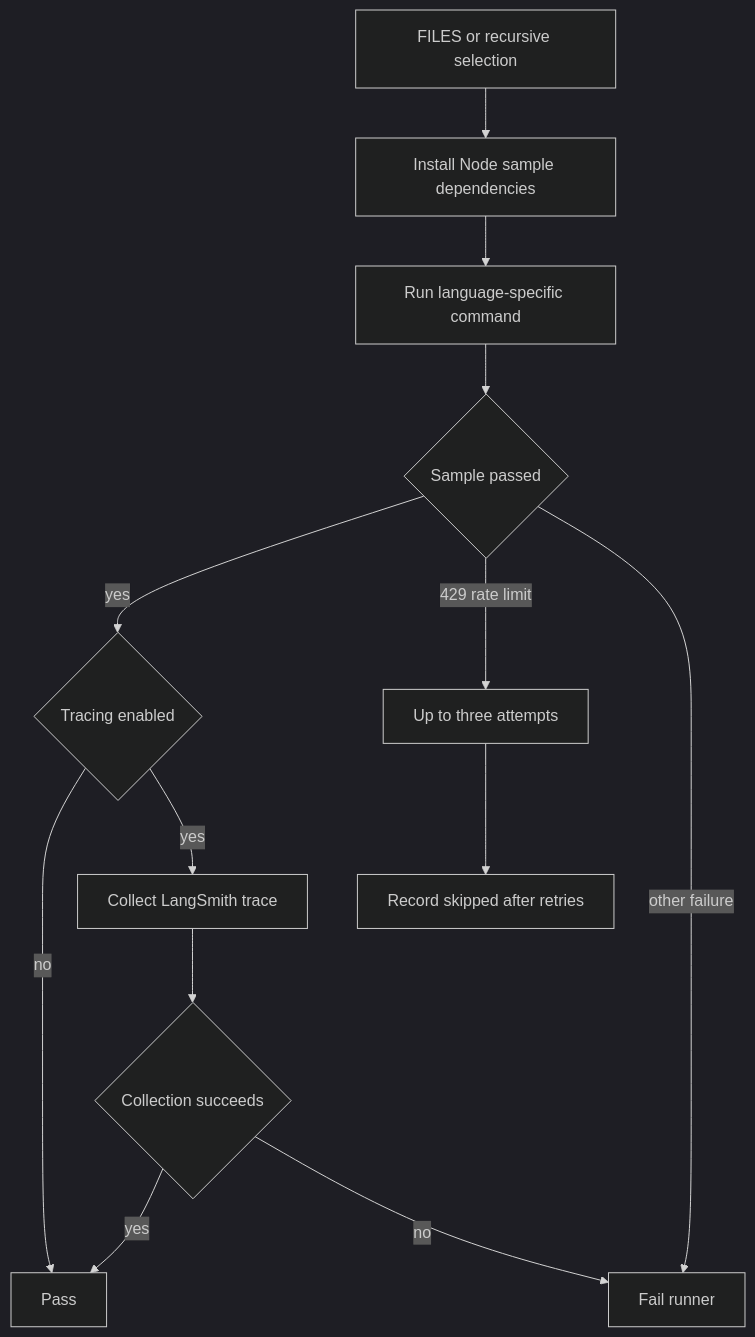
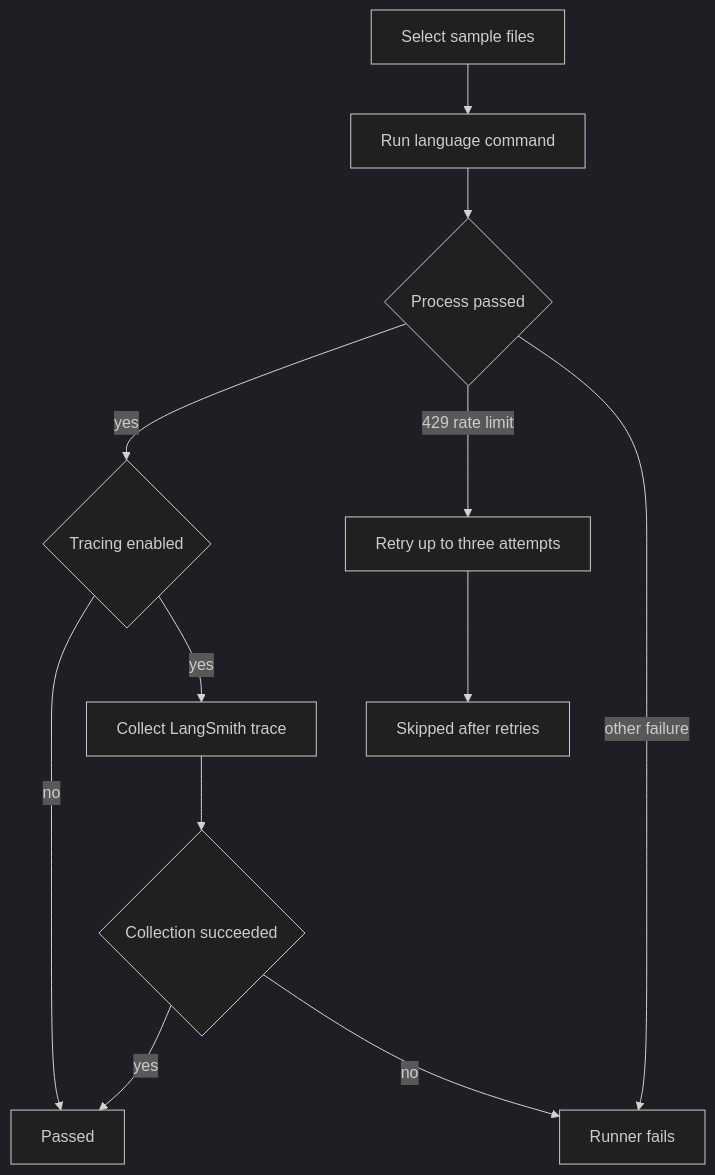
One commit to langchain-ai/docs changed the second of 2 diagrams in openwiki/testing/test-overview.md. Above: the diagram before and after it, drawn with Mermaid (dark theme). The commit also changed other lines of this file and 32 other files, not shown here.

````diff
--- a/openwiki/testing/test-overview.md
+++ b/openwiki/testing/test-overview.md
@@ -165,15 +159,14 @@
 ```mermaid
 flowchart TD
-  Select["FILES or recursive selection"] --> Env["Install Node sample dependencies"]
-  Env --> Execute["Run language-specific command"]
-  Execute --> Result{"Sample passed"}
-  Result -->|"yes"| Trace{"Tracing enabled"}
-  Trace -->|"no"| Pass["Pass"]
-  Trace -->|"yes"| Collect["Collect LangSmith trace"]
-  Collect --> TraceResult{"Collection succeeds"}
-  TraceResult -->|"yes"| Pass
-  TraceResult -->|"no"| Fail["Fail runner"]
-  Result -->|"429 rate limit"| Retry["Up to three attempts"]
-  Retry --> Skip["Record skipped after retries"]
-  Result -->|"other failure"| Fail
+  Select["Select sample files"] --> Execute["Run language command"]
+  Execute --> Outcome{"Process passed"}
+  Outcome -->|"yes"| Tracing{"Tracing enabled"}
+  Tracing -->|"no"| Passed["Passed"]
+  Tracing -->|"yes"| Collect["Collect LangSmith trace"]
+  Collect --> Collected{"Collection succeeded"}
+  Collected -->|"yes"| Passed
+  Collected -->|"no"| Failed["Runner fails"]
+  Outcome -->|"429 rate limit"| Retry["Retry up to three attempts"]
+  Retry --> Skipped["Skipped after retries"]
+  Outcome -->|"other failure"| Failed
 ```
````
